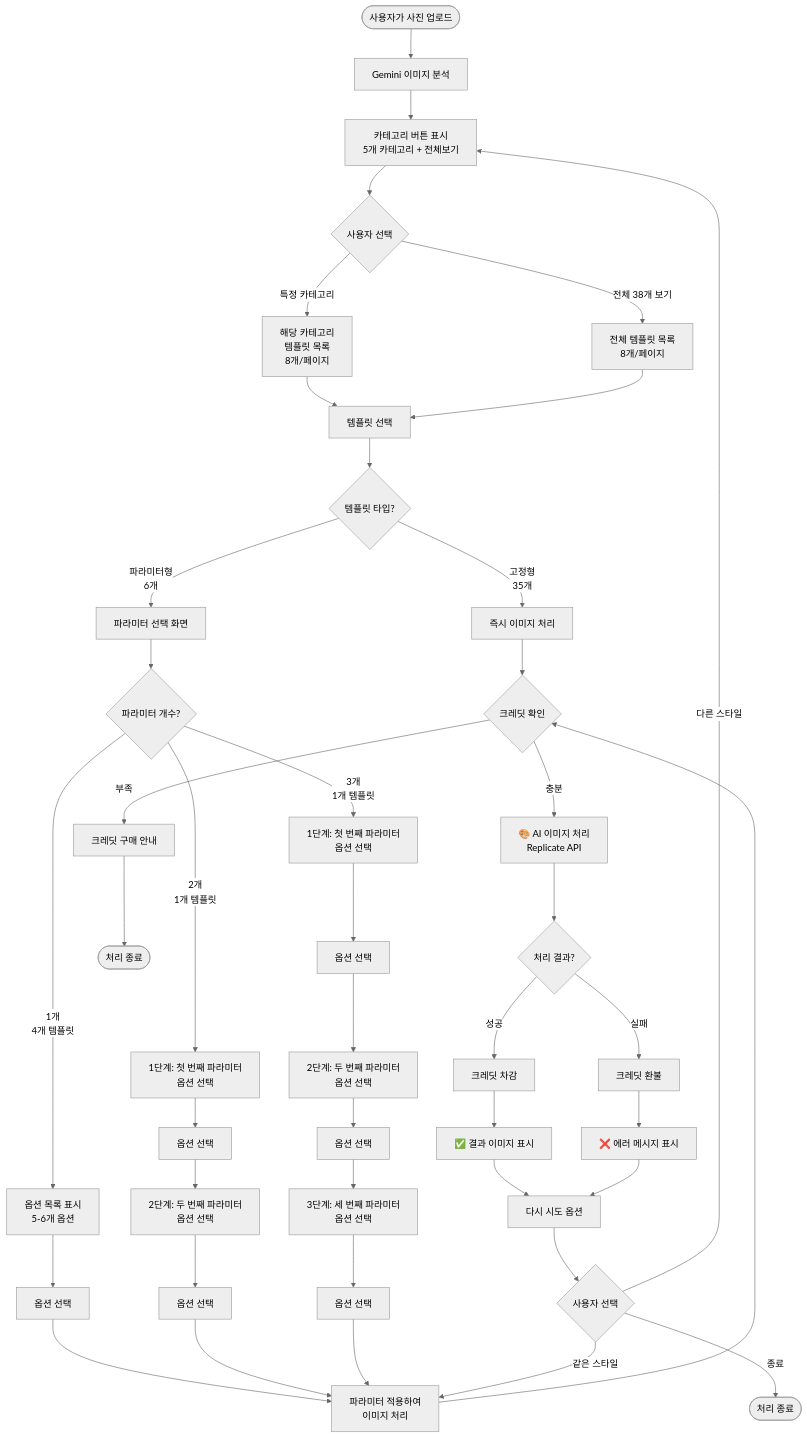
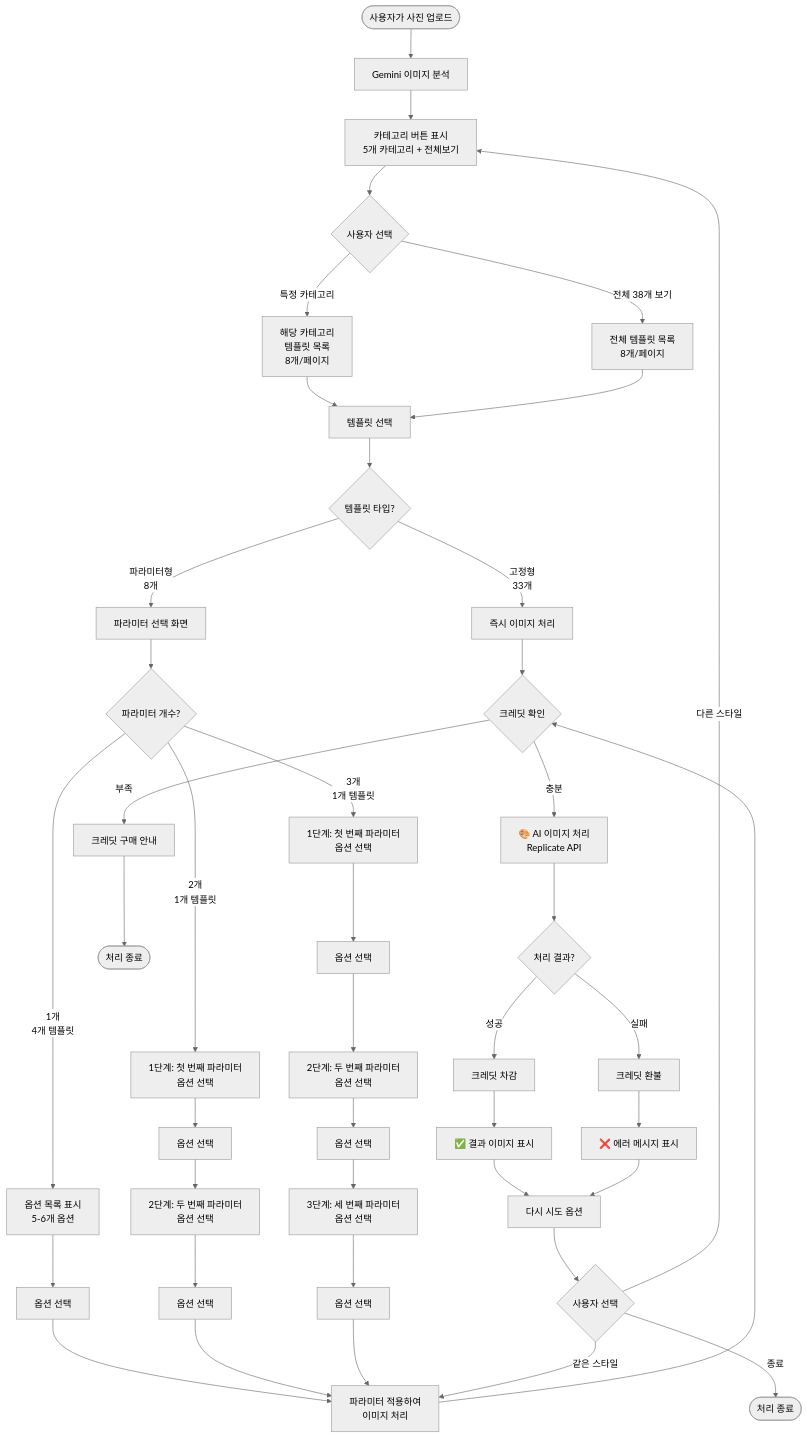
One commit to eardori/telegram-ai-bot changed the first of 9 diagrams in docs/PROMPT_FLOW_DIAGRAM.md. Above: the diagram before and after it, drawn with Mermaid (neutral theme). The commit also changed other lines of this file, not shown here.

First line of the commit message:
Update prompt flow documentation with current system state

````diff
--- a/docs/PROMPT_FLOW_DIAGRAM.md
+++ b/docs/PROMPT_FLOW_DIAGRAM.md
@@ -5,64 +5,64 @@
 ```mermaid
 flowchart TD
     Start([사용자가 사진 업로드]) --> Analyze[Gemini 이미지 분석]
     Analyze --> ShowCategory[카테고리 버튼 표시<br/>5개 카테고리 + 전체보기]
 
     ShowCategory --> CategoryChoice{사용자 선택}
 
     CategoryChoice -->|특정 카테고리| CategoryList[해당 카테고리<br/>템플릿 목록<br/>8개/페이지]
     CategoryChoice -->|전체 38개 보기| AllList[전체 템플릿 목록<br/>8개/페이지]
 
     CategoryList --> TemplateSelect[템플릿 선택]
     AllList --> TemplateSelect
 
     TemplateSelect --> CheckType{템플릿 타입?}
 
-    CheckType -->|고정형<br/>35개| DirectProcess[즉시 이미지 처리]
-    CheckType -->|파라미터형<br/>6개| ShowParams[파라미터 선택 화면]
+    CheckType -->|고정형<br/>33개| DirectProcess[즉시 이미지 처리]
+    CheckType -->|파라미터형<br/>8개| ShowParams[파라미터 선택 화면]
 
     ShowParams --> ParamCount{파라미터 개수?}
 
     ParamCount -->|1개<br/>4개 템플릿| ShowOptions1[옵션 목록 표시<br/>5-6개 옵션]
     ParamCount -->|2개<br/>1개 템플릿| ShowOptions2a[1단계: 첫 번째 파라미터<br/>옵션 선택]
     ParamCount -->|3개<br/>1개 템플릿| ShowOptions3a[1단계: 첫 번째 파라미터<br/>옵션 선택]
 
     ShowOptions1 --> SelectOption1[옵션 선택]
     ShowOptions2a --> SelectOption2a[옵션 선택]
     ShowOptions3a --> SelectOption3a[옵션 선택]
 
     SelectOption1 --> ProcessWithParam[파라미터 적용하여<br/>이미지 처리]
 
     SelectOption2a --> ShowOptions2b[2단계: 두 번째 파라미터<br/>옵션 선택]
     ShowOptions2b --> SelectOption2b[옵션 선택]
     SelectOption2b --> ProcessWithParam
 
     SelectOption3a --> ShowOptions3b[2단계: 두 번째 파라미터<br/>옵션 선택]
     ShowOptions3b --> SelectOption3b[옵션 선택]
     SelectOption3b --> ShowOptions3c[3단계: 세 번째 파라미터<br/>옵션 선택]
     ShowOptions3c --> SelectOption3c[옵션 선택]
     SelectOption3c --> ProcessWithParam
 
     DirectProcess --> CreditCheck{크레딧 확인}
     ProcessWithParam --> CreditCheck
 
     CreditCheck -->|부족| ShowPurchase[크레딧 구매 안내]
     CreditCheck -->|충분| Processing[🎨 AI 이미지 처리<br/>Replicate API]
 
     ShowPurchase --> End1([처리 종료])
 
     Processing --> Success{처리 결과?}
 
     Success -->|성공| DeductCredit[크레딧 차감]
     Success -->|실패| RefundCredit[크레딧 환불]
 
     DeductCredit --> ShowResult[✅ 결과 이미지 표시]
     RefundCredit --> ShowError[❌ 에러 메시지 표시]
 
     ShowResult --> RetryOffer[다시 시도 옵션]
     ShowError --> RetryOffer
 
     RetryOffer --> UserChoice{사용자 선택}
     UserChoice -->|같은 스타일| ProcessWithParam
     UserChoice -->|다른 스타일| ShowCategory
     UserChoice -->|종료| End2([처리 종료])
 ```
````
